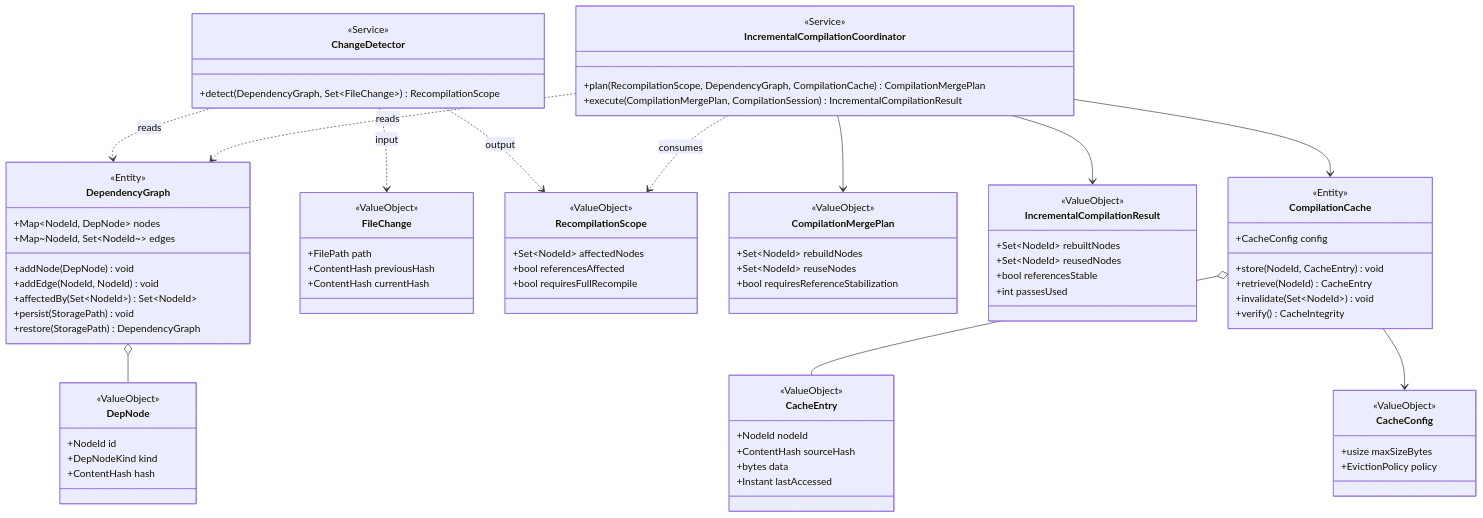
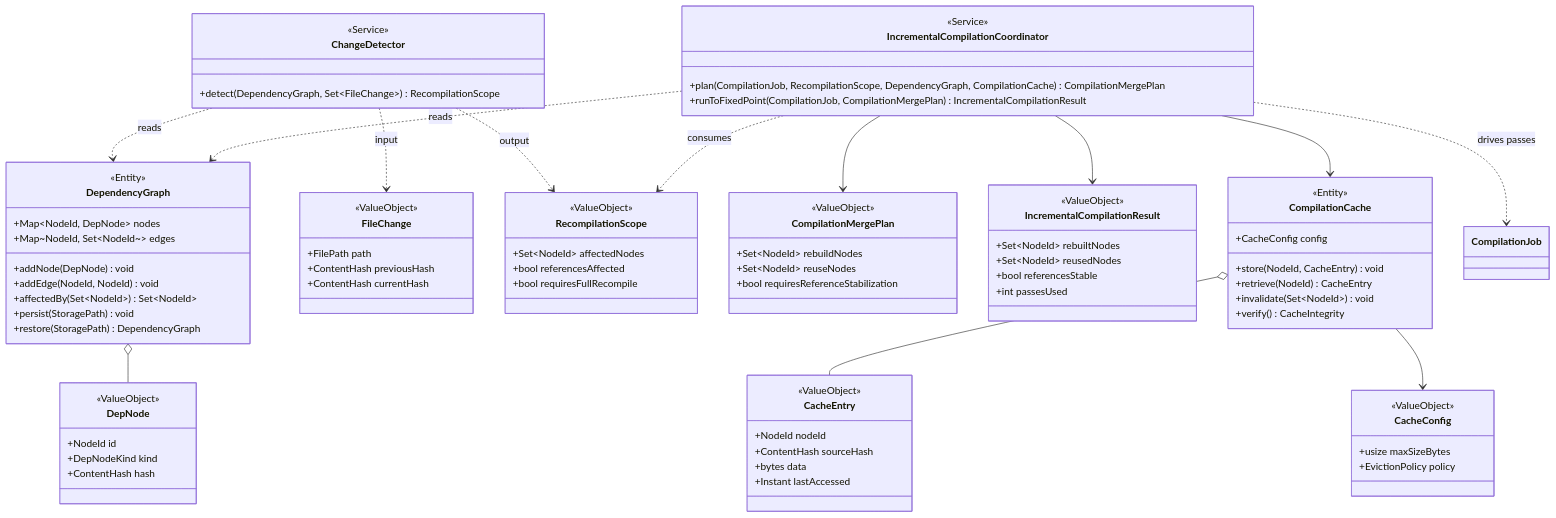
Before and after one commit to RK0429/ferritex: the fifth of 12 diagrams in docs/domain_model.md, drawn with Mermaid. The commit also changed other lines of this file and 1 other file, not shown here.

```diff
--- a/docs/domain_model.md
+++ b/docs/domain_model.md
@@ -681,8 +694,8 @@
     }
     class IncrementalCompilationCoordinator {
         <<Service>>
-        +plan(RecompilationScope, DependencyGraph, CompilationCache) CompilationMergePlan
-        +execute(CompilationMergePlan, CompilationSession) IncrementalCompilationResult
+        +plan(CompilationJob, RecompilationScope, DependencyGraph, CompilationCache) CompilationMergePlan
+        +runToFixedPoint(CompilationJob, CompilationMergePlan) IncrementalCompilationResult
     }
     class CompilationMergePlan {
         <<ValueObject>>
@@ -723,6 +736,7 @@
     ChangeDetector ..> FileChange : input
     ChangeDetector ..> RecompilationScope : output
     IncrementalCompilationCoordinator ..> RecompilationScope : consumes
+    IncrementalCompilationCoordinator ..> CompilationJob : drives passes
     IncrementalCompilationCoordinator ..> DependencyGraph : reads
     IncrementalCompilationCoordinator --> CompilationMergePlan
     IncrementalCompilationCoordinator --> IncrementalCompilationResult
```
